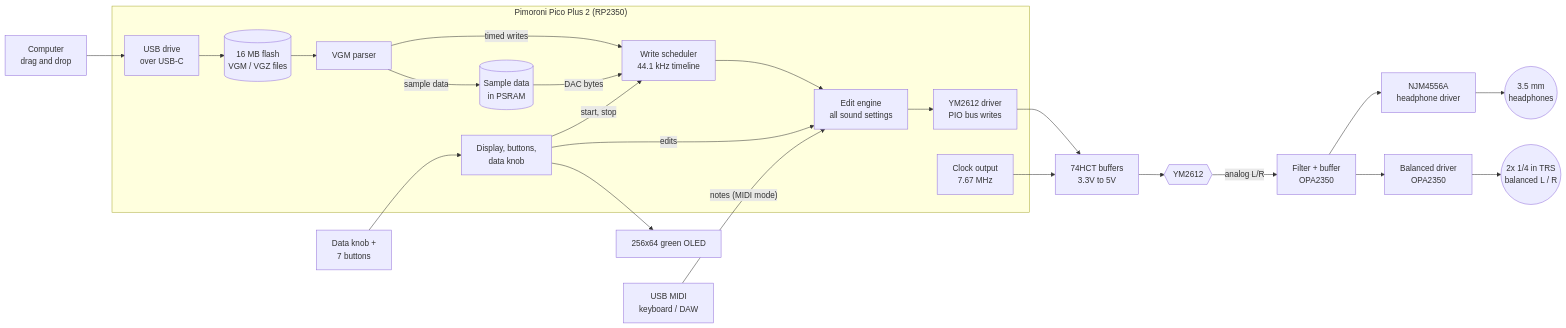
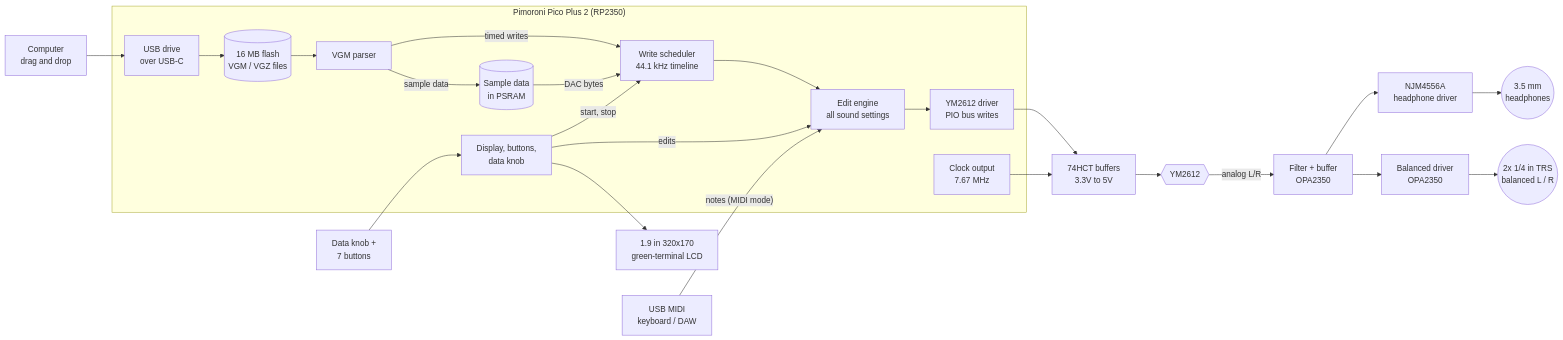
Before and after one commit to ctrlvlts-000/Vintage-Sound-Chip-Player: the diagram in docs/DESIGN.md, drawn with Mermaid. The commit also changed other lines of this file, not shown here.

First line of the commit message:
Use a cheap 1.9-inch ST7789 LCD for the green-terminal screen

````diff
--- a/docs/DESIGN.md
+++ b/docs/DESIGN.md
@@ -213,42 +217,42 @@
 ```mermaid
 flowchart LR
     PC[Computer<br/>drag and drop]
 
     subgraph PICO["Pimoroni Pico Plus 2 (RP2350)"]
         USB[USB drive<br/>over USB-C]
         FLASH[(16 MB flash<br/>VGM / VGZ files)]
         PARSE[VGM parser]
         PCM[(Sample data<br/>in PSRAM)]
         SCHED[Write scheduler<br/>44.1 kHz timeline]
         DRV[YM2612 driver<br/>PIO bus writes]
         CLKGEN[Clock output<br/>7.67 MHz]
         UI[Display, buttons,<br/>data knob]
         SYN[Edit engine<br/>all sound settings]
     end
 
     BUF[74HCT buffers<br/>3.3V to 5V]
     YM{{YM2612}}
     FILT[Filter + buffer<br/>OPA2350]
     AMP[NJM4556A<br/>headphone driver]
     JACK((3.5 mm<br/>headphones))
     BAL[Balanced driver<br/>OPA2350]
     TRS((2x 1/4 in TRS<br/>balanced L / R))
-    OLED[256x64 green OLED]
+    LCD[1.9 in 320x170<br/>green-terminal LCD]
     BTN[Data knob +<br/>7 buttons]
     MIDI[USB MIDI<br/>keyboard / DAW]
 
     PC --> USB --> FLASH --> PARSE
     PARSE -- "sample data" --> PCM
     PARSE -- "timed writes" --> SCHED
     PCM -- "DAC bytes" --> SCHED
     SCHED --> SYN --> DRV --> BUF --> YM
     UI -- "edits" --> SYN
     CLKGEN --> BUF
     YM -- "analog L/R" --> FILT
     FILT --> AMP --> JACK
     FILT --> BAL --> TRS
     BTN --> UI
-    UI --> OLED
+    UI --> LCD
     UI -- "start, stop" --> SCHED
     MIDI -- "notes (MIDI mode)" --> SYN
 ```
````
